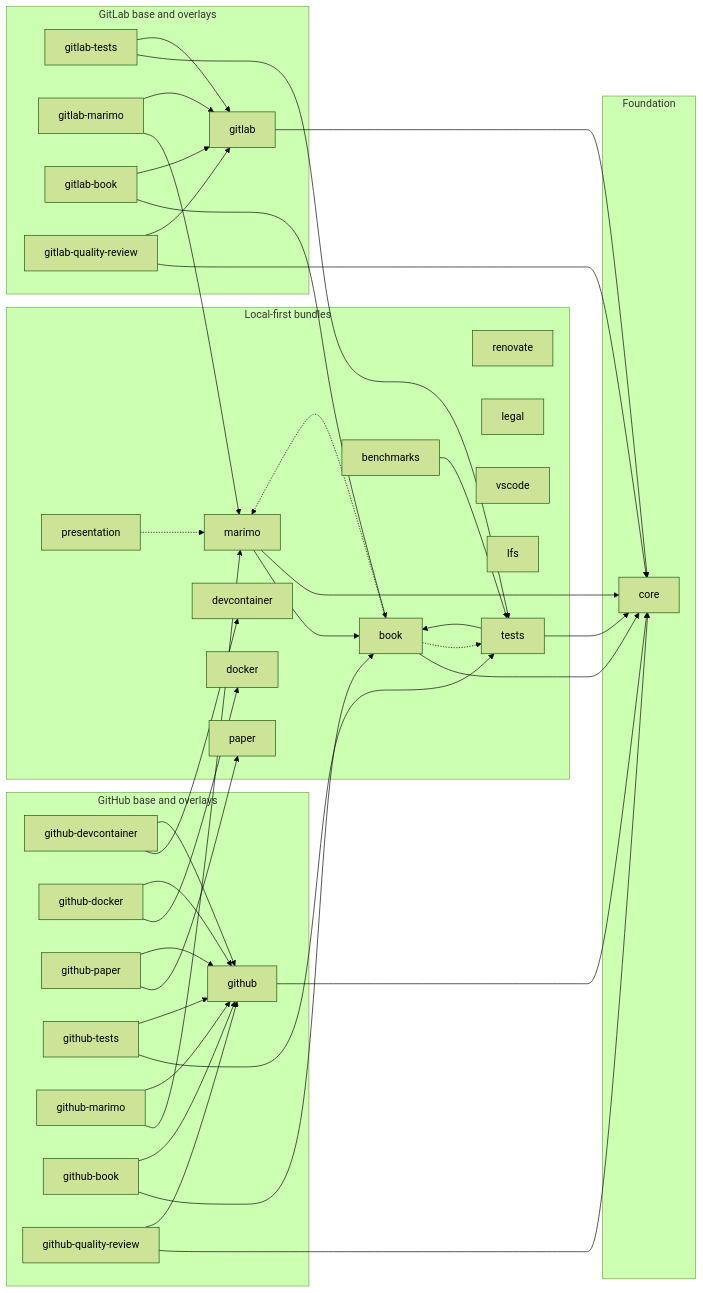
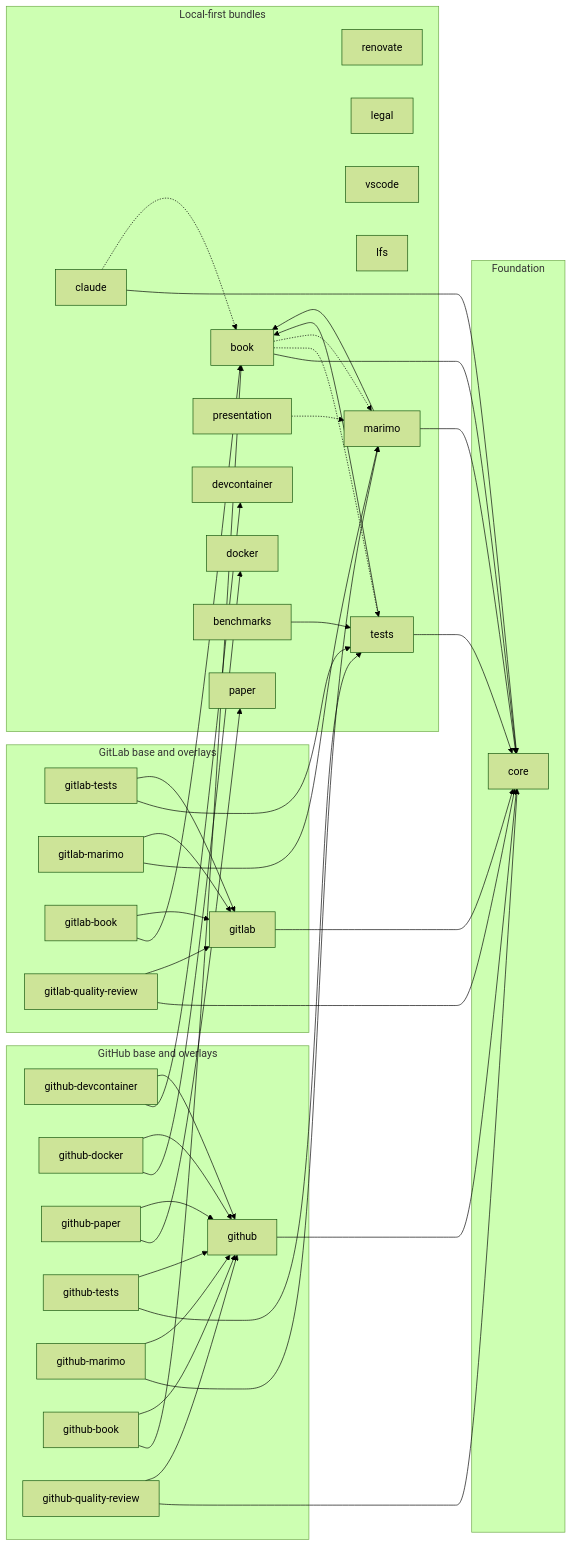
Before and after one commit to Jebel-Quant/rhiza: the diagram in docs/reference/GLOSSARY.md, drawn with Mermaid (forest theme). The commit also changed 11 other files, not shown here.

````diff
--- a/docs/reference/GLOSSARY.md
+++ b/docs/reference/GLOSSARY.md
@@ -42,74 +42,77 @@
 ```mermaid
 flowchart LR
     subgraph Foundation["Foundation"]
         core["core"]
     end
 
     subgraph Local["Local-first bundles"]
         renovate["renovate"]
         legal["legal"]
         devcontainer["devcontainer"]
         vscode["vscode"]
+        claude["claude"]
         docker["docker"]
         lfs["lfs"]
         presentation["presentation"]
         paper["paper"]
         book["book"]
         tests["tests"]
         benchmarks["benchmarks"]
         marimo["marimo"]
     end
 
     subgraph GitHub["GitHub base and overlays"]
         github["github"]
         github_devcontainer["github-devcontainer"]
         github_docker["github-docker"]
         github_paper["github-paper"]
         github_tests["github-tests"]
         github_marimo["github-marimo"]
         github_book["github-book"]
         github_quality_review["github-quality-review"]
     end
 
     subgraph GitLab["GitLab base and overlays"]
         gitlab["gitlab"]
         gitlab_tests["gitlab-tests"]
         gitlab_marimo["gitlab-marimo"]
         gitlab_book["gitlab-book"]
         gitlab_quality_review["gitlab-quality-review"]
     end
 
     github --> core
     gitlab --> core
     book --> core
     tests --> book
     tests --> core
     benchmarks --> tests
     marimo --> book
     marimo --> core
     github_devcontainer --> devcontainer
     github_devcontainer --> github
     github_docker --> docker
     github_docker --> github
     github_paper --> paper
     github_paper --> github
     github_tests --> tests
     github_tests --> github
     github_marimo --> marimo
     github_marimo --> github
     github_book --> book
     github_book --> github
     github_quality_review --> core
     github_quality_review --> github
     gitlab_tests --> tests
     gitlab_tests --> gitlab
     gitlab_marimo --> marimo
     gitlab_marimo --> gitlab
     gitlab_book --> book
     gitlab_book --> gitlab
     gitlab_quality_review --> core
     gitlab_quality_review --> gitlab
+    claude --> core
     presentation -.-> marimo
+    claude -.-> book
     book -.-> tests
     book -.-> marimo
 ```
````
